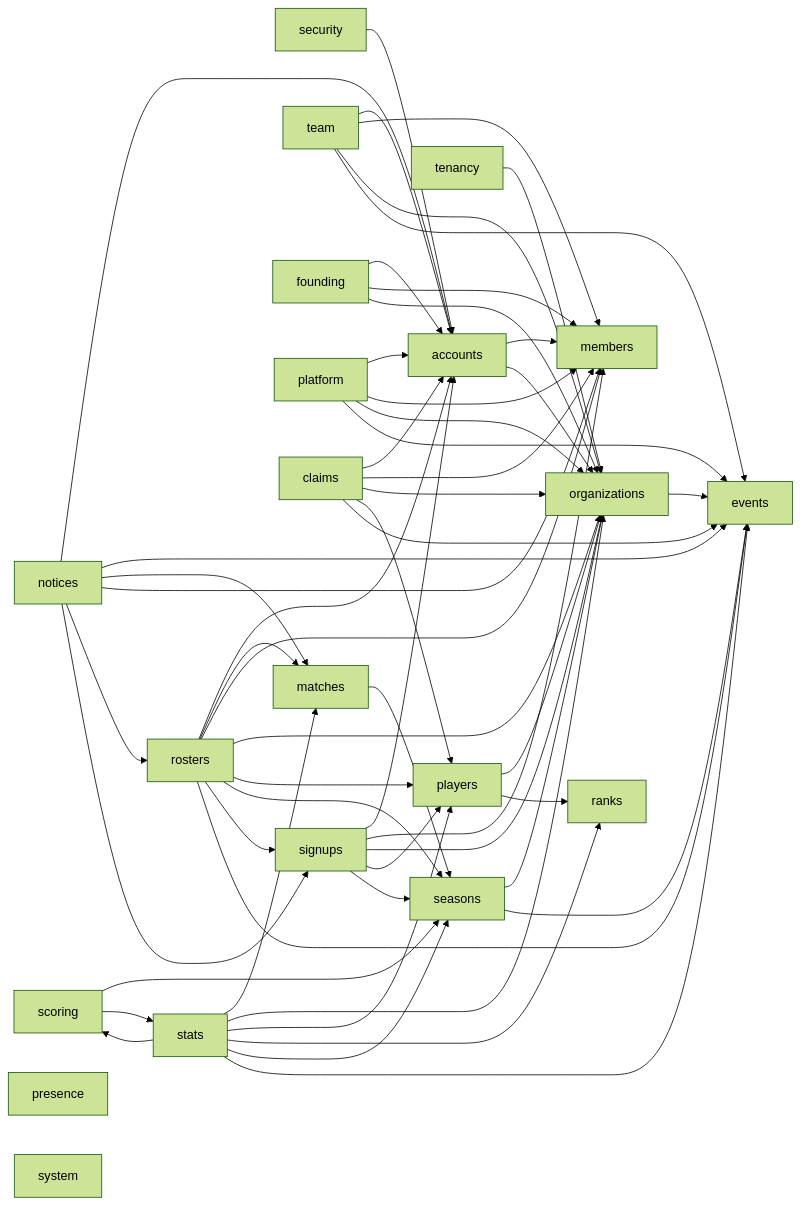
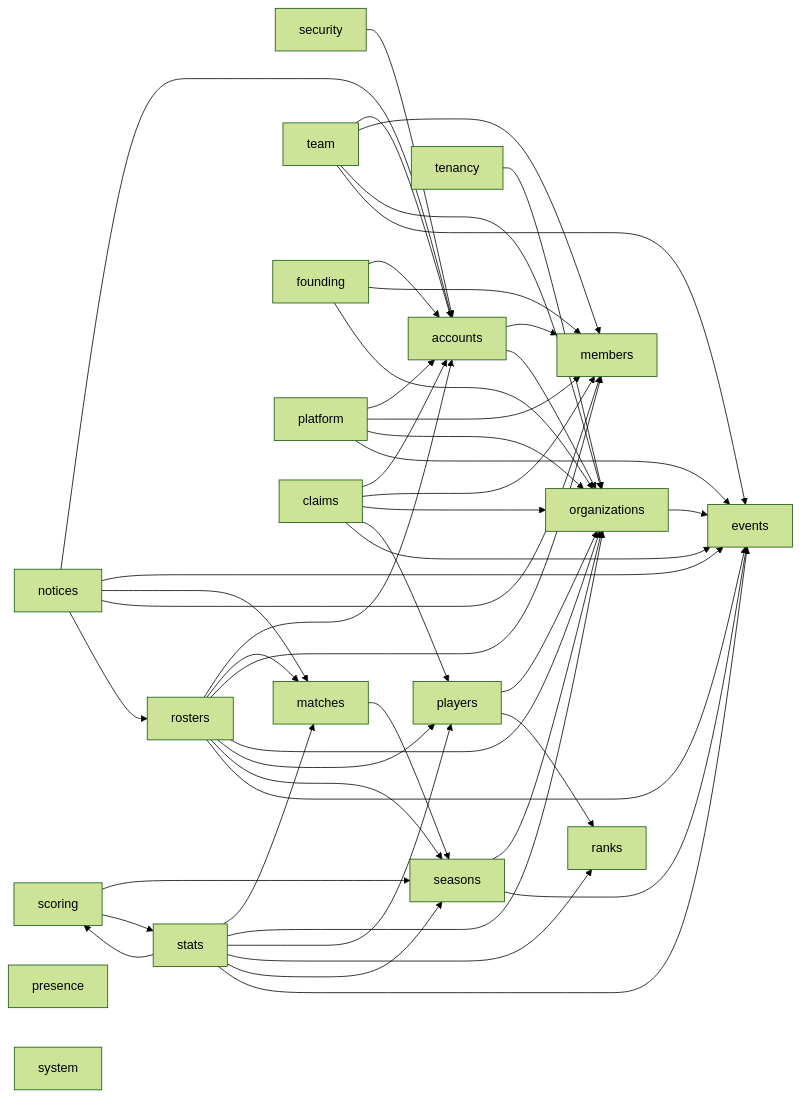
One commit to irmahs-labs/tournament-leaderboard changed the third of 7 diagrams in docs/context-graph.md. Above: the diagram before and after it, drawn with Mermaid (forest theme). The commit also changed other lines of this file and 42 other files, not shown here.

````diff
--- a/docs/context-graph.md
+++ b/docs/context-graph.md
@@ -42,59 +42,52 @@
 ```mermaid
 flowchart LR
     security --> accounts
     accounts --> members
     accounts --> organizations
     tenancy --> organizations
     players --> organizations
     players --> ranks
     seasons --> organizations
     matches --> seasons
     scoring --> seasons
     scoring --> stats
     stats --> matches
     stats --> organizations
     stats --> players
     stats --> ranks
     stats --> scoring
     stats --> seasons
     team --> accounts
     team --> members
     team --> organizations
     founding --> accounts
     founding --> members
     founding --> organizations
     platform --> accounts
     platform --> members
     platform --> organizations
     claims --> accounts
     claims --> members
     claims --> organizations
     claims --> players
-    signups --> accounts
-    signups --> members
-    signups --> organizations
-    signups --> players
-    signups --> seasons
     rosters --> accounts
     rosters --> matches
     rosters --> members
     rosters --> organizations
     rosters --> players
     rosters --> seasons
-    rosters --> signups
     rosters --> events
     notices --> accounts
     notices --> events
     notices --> matches
     notices --> members
     notices --> rosters
-    notices --> signups
     claims --> events
     platform --> events
     seasons --> events
     stats --> events
     team --> events
     organizations --> events
     presence
     system
 ```
````
